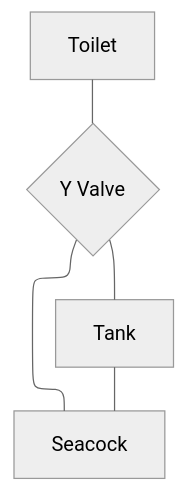
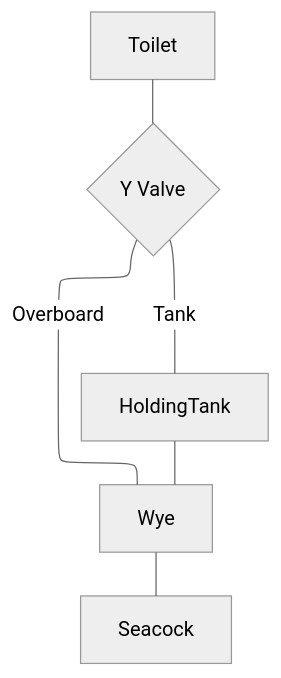
The second of 2 diagrams in owners_manual/Toilets.md (dcoon/svharmony), drawn with Mermaid (neutral theme) before and after one commit. The commit also changed other lines of this file and 1 other file, not shown here.

````diff
--- a/owners_manual/Toilets.md
+++ b/owners_manual/Toilets.md
@@ -6,6 +16,7 @@
 ```mermaid
 flowchart-elk
 
-Toilet --- Valve{Y Valve} --- Tank --- Seacock
-Valve --- Seacock
+Toilet --- Valve{Y Valve} ---|Tank| HoldingTank --- Wye --- Seacock
+Valve ---|Overboard| Wye
+
 ```
````
